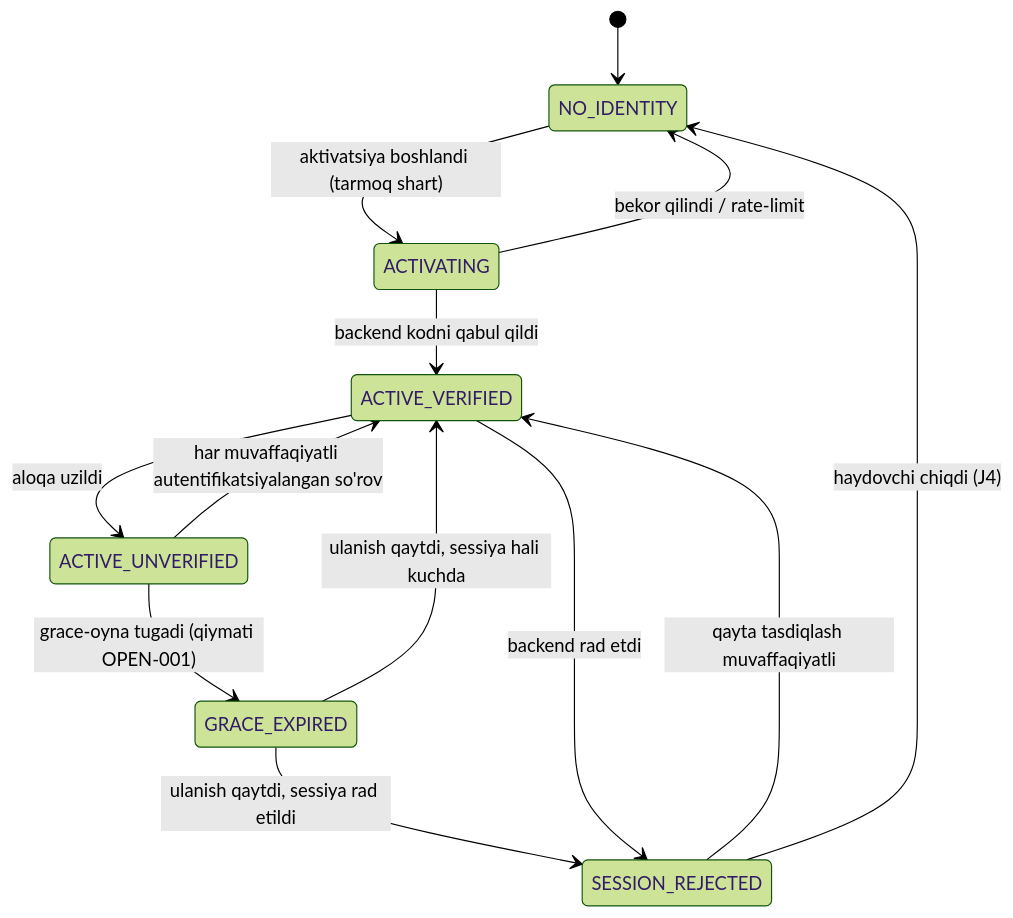
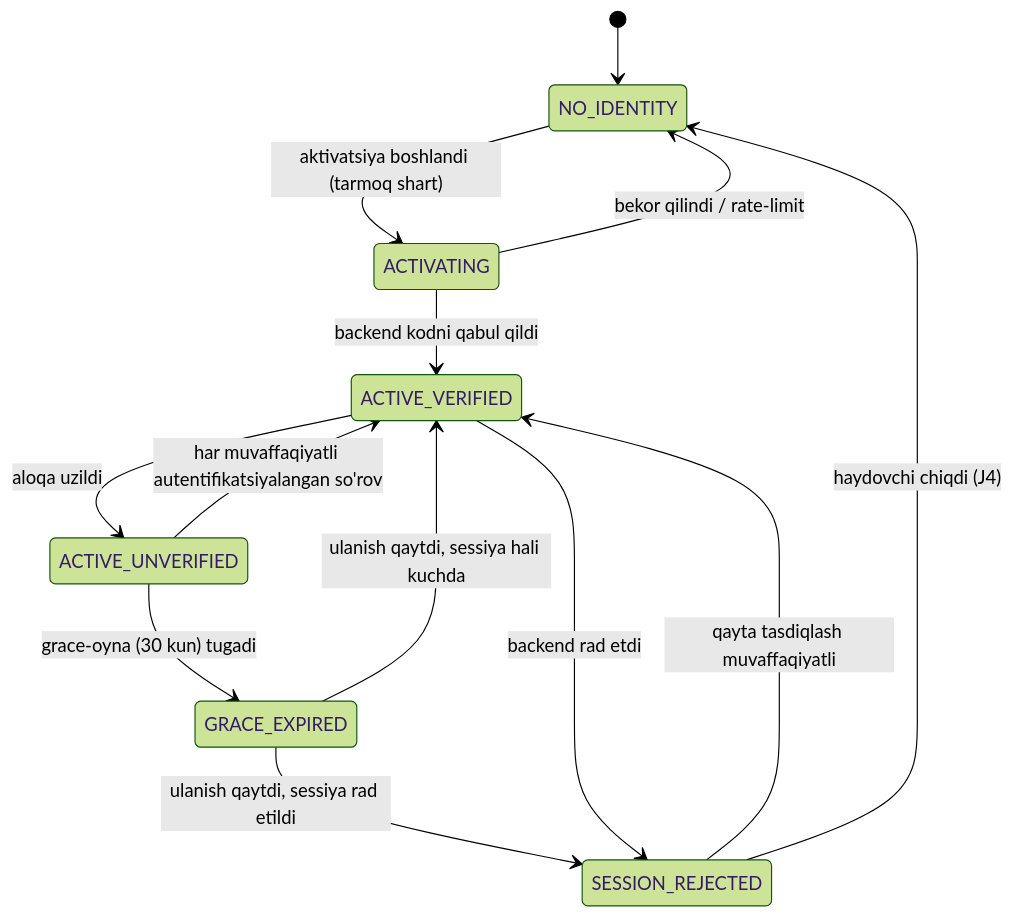
The first of 3 diagrams in design/driver/ds-01-kirish-oqimi.md (isadulla7/logicontrol-docs), drawn with Mermaid (forest theme) before and after one commit. The commit also changed other lines of this file and 7 other files, not shown here.

````diff
--- a/design/driver/ds-01-kirish-oqimi.md
+++ b/design/driver/ds-01-kirish-oqimi.md
@@ -52,15 +54,15 @@
 ```mermaid
 stateDiagram-v2
     [*] --> NO_IDENTITY
     NO_IDENTITY --> ACTIVATING: aktivatsiya boshlandi (tarmoq shart)
     ACTIVATING --> ACTIVE_VERIFIED: backend kodni qabul qildi
     ACTIVATING --> NO_IDENTITY: bekor qilindi / rate-limit
     ACTIVE_VERIFIED --> ACTIVE_UNVERIFIED: aloqa uzildi
     ACTIVE_UNVERIFIED --> ACTIVE_VERIFIED: har muvaffaqiyatli autentifikatsiyalangan so'rov
-    ACTIVE_UNVERIFIED --> GRACE_EXPIRED: grace-oyna tugadi (qiymati OPEN-001)
+    ACTIVE_UNVERIFIED --> GRACE_EXPIRED: grace-oyna (30 kun) tugadi
     GRACE_EXPIRED --> ACTIVE_VERIFIED: ulanish qaytdi, sessiya hali kuchda
     GRACE_EXPIRED --> SESSION_REJECTED: ulanish qaytdi, sessiya rad etildi
     ACTIVE_VERIFIED --> SESSION_REJECTED: backend rad etdi
     SESSION_REJECTED --> ACTIVE_VERIFIED: qayta tasdiqlash muvaffaqiyatli
     SESSION_REJECTED --> NO_IDENTITY: haydovchi chiqdi (J4)
 ```
````
